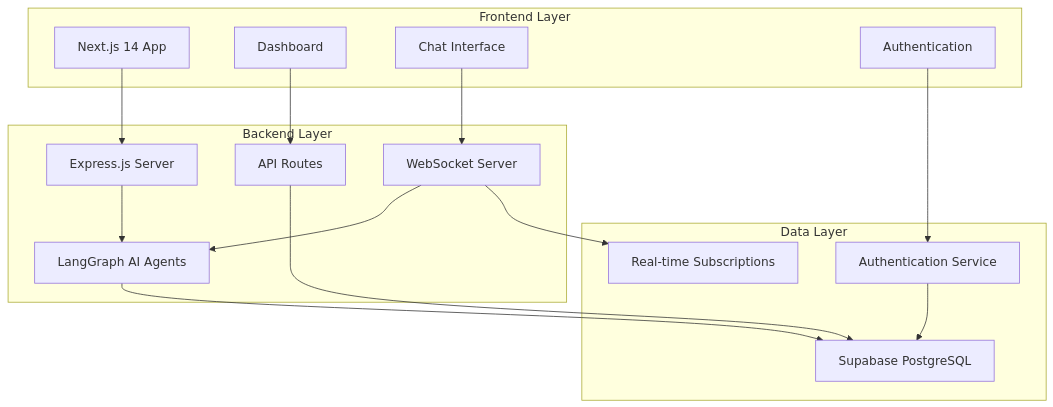
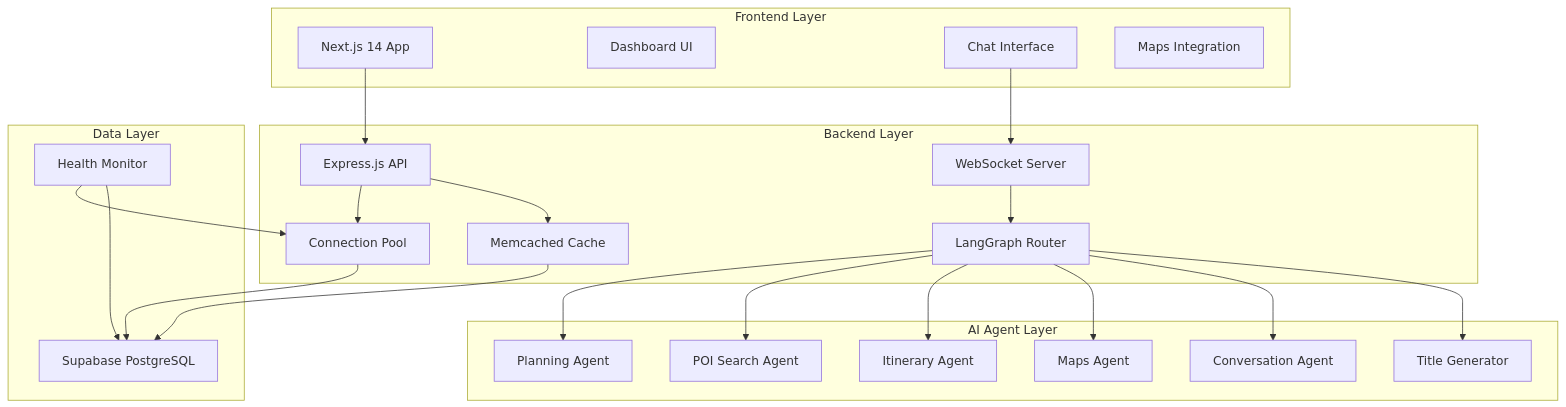
One commit to yk0007/Roameo changed the first of 7 diagrams in README.md. Above: the diagram before and after it, drawn with Mermaid. The commit also changed other lines of this file and 18 other files, not shown here.

````diff
--- a/README.md
+++ b/README.md
@@ -46,33 +86,47 @@
 ```mermaid
 graph TB
     subgraph "Frontend Layer"
         A[Next.js 14 App]
-        B[Dashboard]
+        B[Dashboard UI]
         C[Chat Interface]
-        D[Authentication]
+        D[Maps Integration]
     end
     
     subgraph "Backend Layer"
-        E[Express.js Server]
+        E[Express.js API]
         F[WebSocket Server]
-        G[LangGraph AI Agents]
-        H[API Routes]
+        G[LangGraph Router]
+        H[Connection Pool]
+        I[Memcached Cache]
+    end
+    
+    subgraph "AI Agent Layer"
+        J[Planning Agent]
+        K[POI Search Agent]
+        L[Itinerary Agent]
+        M[Maps Agent]
+        N[Conversation Agent]
+        O[Title Generator]
     end
     
     subgraph "Data Layer"
-        I[Supabase PostgreSQL]
-        J[Authentication Service]
-        K[Real-time Subscriptions]
+        P[Supabase PostgreSQL]
+        Q[Health Monitor]
     end
     
     A --> E
-    B --> H
     C --> F
-    D --> J
-    E --> G
+    E --> H
+    H --> P
+    E --> I
+    I --> P
     F --> G
-    G --> I
-    H --> I
-    J --> I
-    F --> K
+    G --> J
+    G --> K
+    G --> L
+    G --> M
+    G --> N
+    G --> O
+    Q --> H
+    Q --> P
 ```
````
